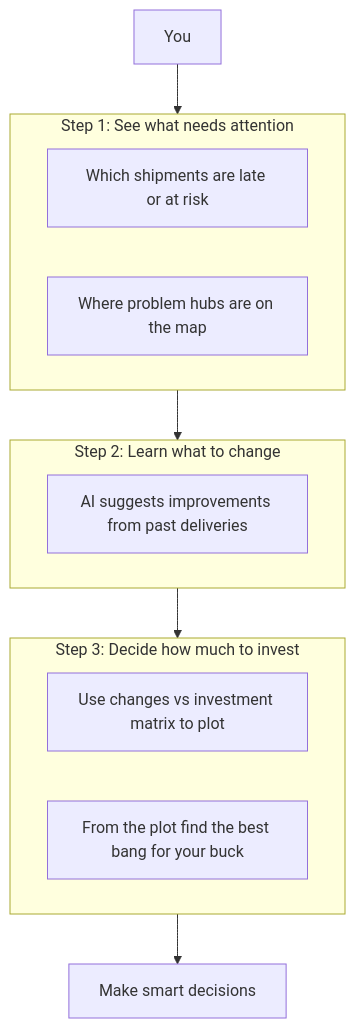
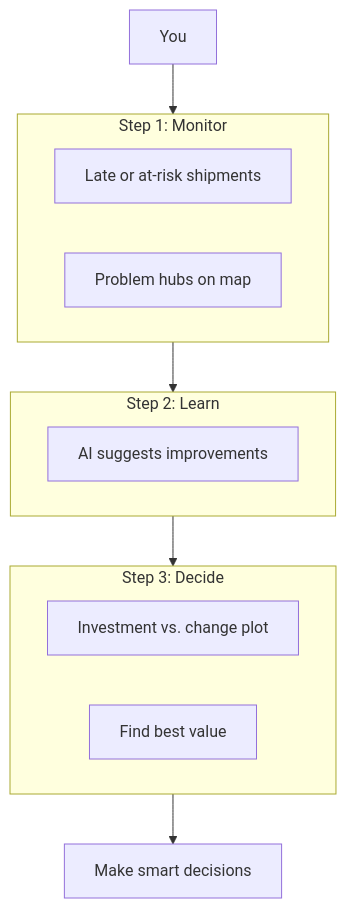
Before and after one commit to janhaviprof-bot/SupplyMindAI: the diagram in README.md, drawn with Mermaid.

Commit message:
fix: shorten workflow diagram labels to prevent cutoff
Made-with: Cursor

````diff
--- a/README.md
+++ b/README.md
@@ -94,21 +94,21 @@
 ```mermaid
 flowchart TD
-    subgraph step1 [Step 1: See what needs attention]
-        A1[Which shipments are late or at risk]
-        A2[Where problem hubs are on the map]
+    subgraph step1 [Step 1: Monitor]
+        A1[Late or at-risk shipments]
+        A2[Problem hubs on map]
     end
     
-    subgraph step2 [Step 2: Learn what to change]
-        B1[AI suggests improvements from past deliveries]
+    subgraph step2 [Step 2: Learn]
+        B1[AI suggests improvements]
     end
     
-    subgraph step3 [Step 3: Decide how much to invest]
-        C1[Use changes vs investment matrix to plot]
-        C2[From the plot find the best bang for your buck]
+    subgraph step3 [Step 3: Decide]
+        C1[Investment vs. change plot]
+        C2[Find best value]
     end
     
     Manager[You] --> step1
     step1 --> step2
     step2 --> step3
     step3 --> Decisions[Make smart decisions]
 ```
````
